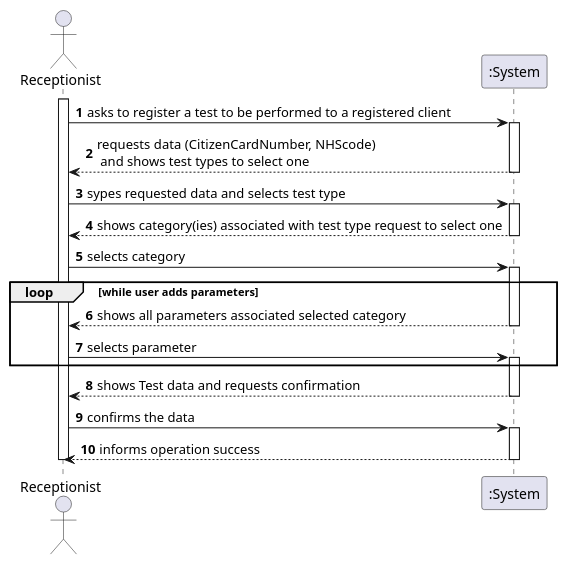
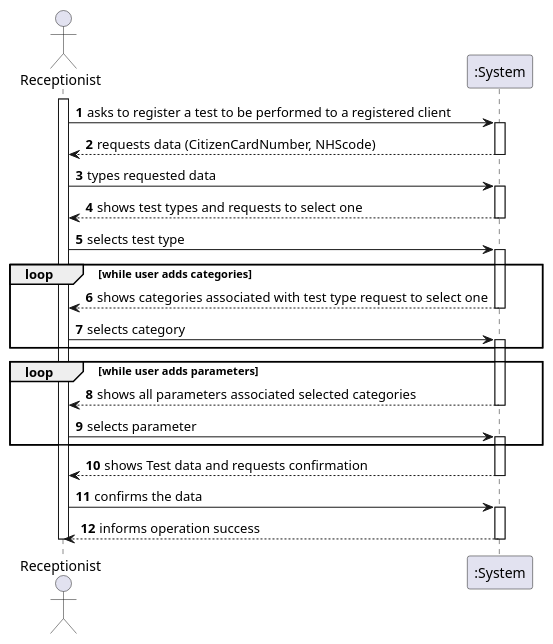
One commit to ana-albergaria/LAPR2-ISEP changed the diagram in docs/SprintC/US_4/US4_SSD.puml. Above: the diagram before and after it, drawn with PlantUML. The commit also changed 3 other files, not shown here.

```diff
--- a/docs/SprintC/US_4/US4_SSD.puml
+++ b/docs/SprintC/US_4/US4_SSD.puml
@@ -1,34 +1,40 @@
 @startuml
 
 autonumber
 actor "Receptionist" as MLT
 
 activate MLT
 MLT -> ":System" : asks to register a test to be performed to a registered client
 activate ":System"
-":System" --> MLT :requests data (CitizenCardNumber, NHScode) \n and shows test types to select one
+":System" --> MLT :requests data (CitizenCardNumber, NHScode)
 deactivate ":System"
 
-MLT -> ":System" : sypes requested data and selects test type
+MLT -> ":System" : types requested data
 activate ":System"
+":System" --> MLT : shows test types and requests to select one
+deactivate ":System"
+MLT -> ":System" : selects test type
 
-":System" --> MLT : shows category(ies) associated with test type request to select one
+activate ":System"
+loop while user adds categories
+":System" --> MLT : shows categories associated with test type request to select one
 deactivate ":System"
 MLT -> ":System" : selects category
 activate ":System"
+end
 
 loop while user adds parameters
-":System" --> MLT : shows all parameters associated selected category
+":System" --> MLT : shows all parameters associated selected categories
 deactivate ":System"
 MLT -> ":System" : selects parameter
 activate ":System"
 end
 ":System" --> MLT : shows Test data and requests confirmation
 deactivate ":System"
 MLT -> ":System" : confirms the data
 activate ":System"
 ":System" --> MLT : informs operation success
 deactivate ":System"
 deactivate MLT
 
 @enduml
```
